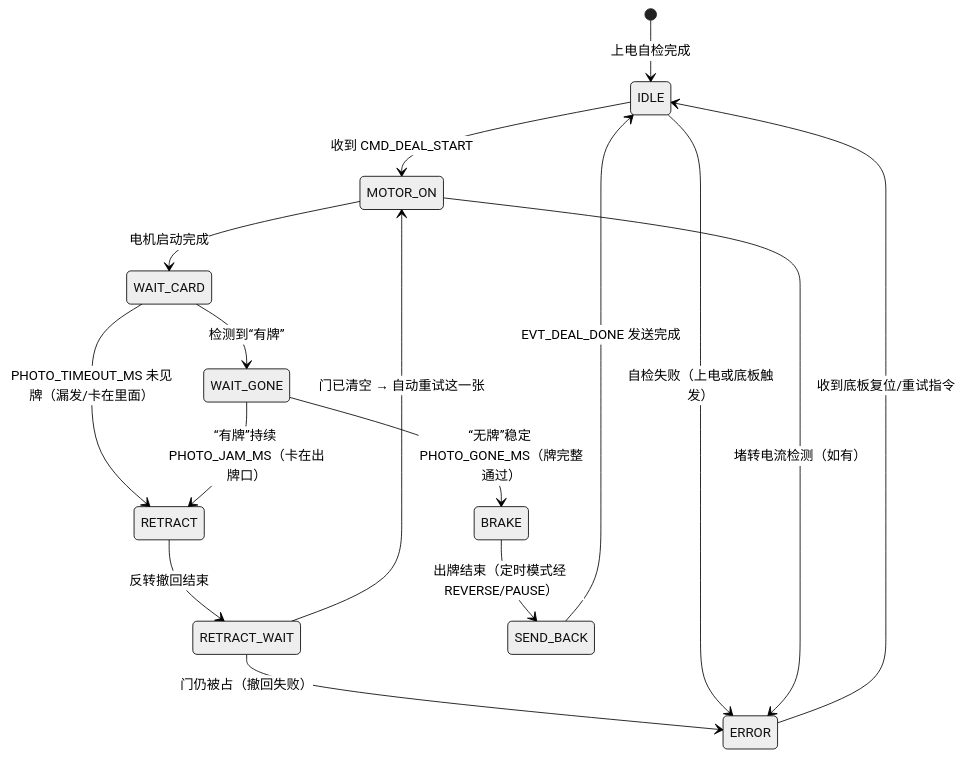
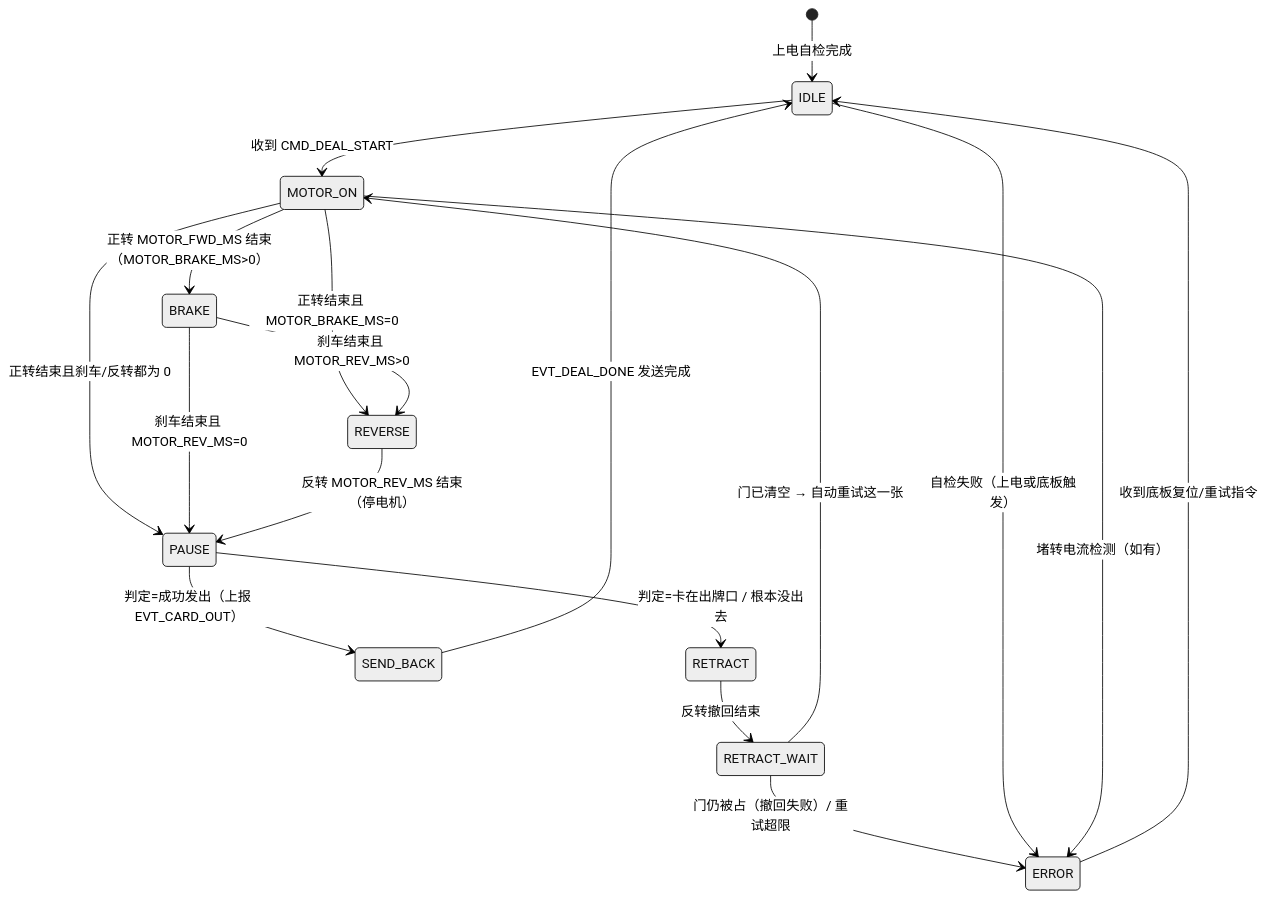
Before and after one commit to psh25/Poker: the diagram in docs/subboard_architecture.md, drawn with Mermaid (neutral theme). The commit also changed other lines of this file and 6 other files, not shown here.

````diff
--- a/docs/subboard_architecture.md
+++ b/docs/subboard_architecture.md
@@ -95,19 +105,21 @@
 ```mermaid
 stateDiagram-v2
     [*] --> IDLE : 上电自检完成
     IDLE --> MOTOR_ON : 收到 CMD_DEAL_START
-    MOTOR_ON --> WAIT_CARD : 电机启动完成
-    WAIT_CARD --> WAIT_GONE : 检测到“有牌”
-    WAIT_CARD --> RETRACT : PHOTO_TIMEOUT_MS 未见牌（漏发/卡在里面）
-    WAIT_GONE --> BRAKE : “无牌”稳定 PHOTO_GONE_MS（牌完整通过）
-    WAIT_GONE --> RETRACT : “有牌”持续 PHOTO_JAM_MS（卡在出牌口）
+    MOTOR_ON --> BRAKE : 正转 MOTOR_FWD_MS 结束（MOTOR_BRAKE_MS>0）
+    MOTOR_ON --> REVERSE : 正转结束且 MOTOR_BRAKE_MS=0
+    MOTOR_ON --> PAUSE : 正转结束且刹车/反转都为 0
+    BRAKE --> REVERSE : 刹车结束且 MOTOR_REV_MS>0
+    BRAKE --> PAUSE : 刹车结束且 MOTOR_REV_MS=0
+    REVERSE --> PAUSE : 反转 MOTOR_REV_MS 结束（停电机）
+    PAUSE --> SEND_BACK : 判定=成功发出（上报 EVT_CARD_OUT）
+    PAUSE --> RETRACT : 判定=卡在出牌口 / 根本没出去
     RETRACT --> RETRACT_WAIT : 反转撤回结束
     RETRACT_WAIT --> MOTOR_ON : 门已清空 → 自动重试这一张
-    RETRACT_WAIT --> ERROR : 门仍被占（撤回失败）
+    RETRACT_WAIT --> ERROR : 门仍被占（撤回失败）/ 重试超限
     %% 截图会话（CAM_CAPTURE）不占状态机状态：触发与回传解析由 hardware.cpp 独立处理，见 5.7
-    BRAKE --> SEND_BACK : 出牌结束（定时模式经 REVERSE/PAUSE）
     SEND_BACK --> IDLE : EVT_DEAL_DONE 发送完成
     IDLE --> ERROR : 自检失败（上电或底板触发）
     ERROR --> IDLE : 收到底板复位/重试指令
     MOTOR_ON --> ERROR : 堵转电流检测（如有）
 ```
````
